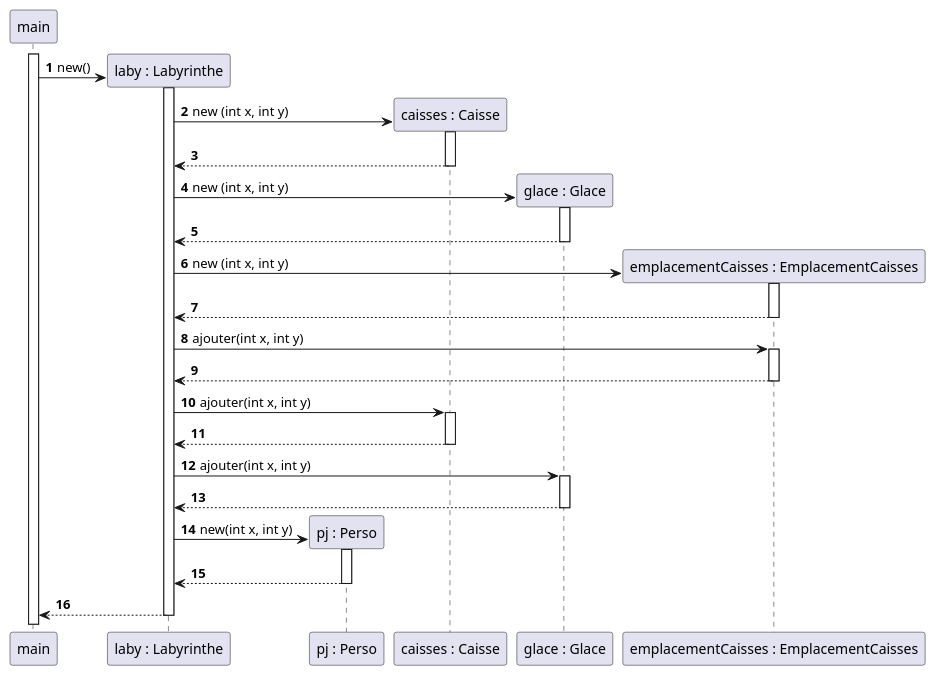
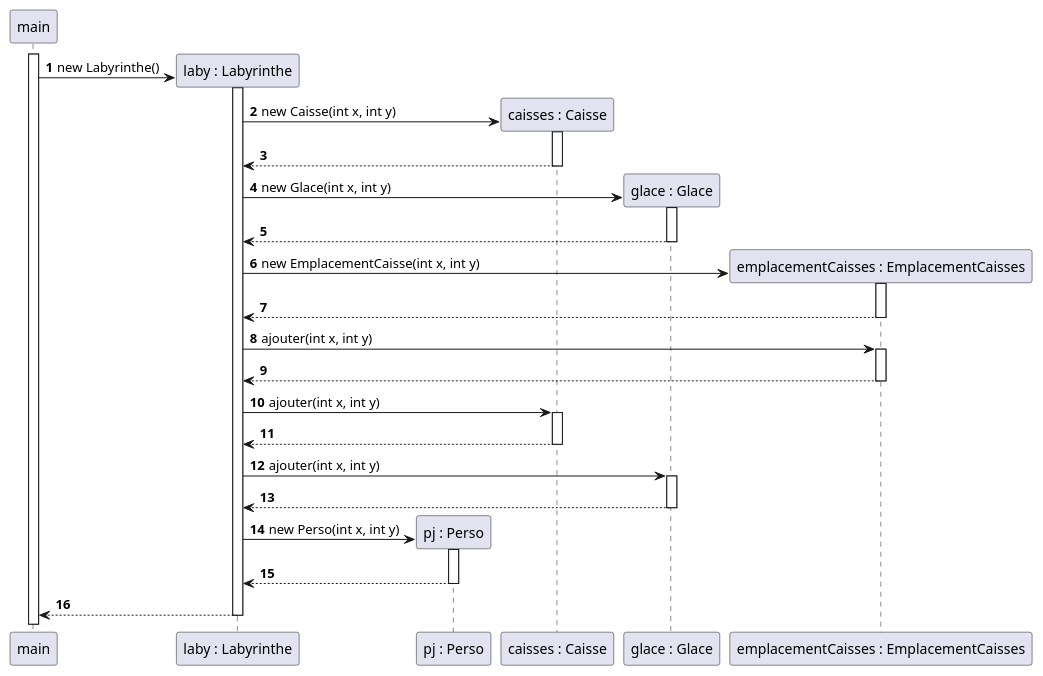
One commit to Flotss/Zeldiablo changed the diagram in documents/version_4/Diagramme sequence Creation.puml. Above: the diagram before and after it, drawn with PlantUML.

Commit message:
modif diag

```diff
--- a/documents/version_4/Diagramme sequence Creation.puml
+++ b/documents/version_4/Diagramme sequence Creation.puml
@@ -1,62 +1,62 @@
 @startuml
 'https://plantuml.com/sequence-diagram
 participant "main" as m
 participant "laby : Labyrinthe" as l
 participant "pj : Perso" as p
 participant "caisses : Caisse" as c
 participant "glace : Glace" as g
 participant "emplacementCaisses : EmplacementCaisses" as ep
 
 autonumber
 
 
 
 activate m
 
 create l
-m -> l : new()
+m -> l : new Labyrinthe()
 activate l
 
 create c
-l -> c : new (int x, int y)
+l -> c : new Caisse(int x, int y)
 activate c
 l <-- c
 deactivate c
 
 create g
-l -> g : new (int x, int y)
+l -> g : new Glace(int x, int y)
 activate g
 l <-- g
 deactivate g
 
 create ep
-l -> ep : new (int x, int y)
+l -> ep : new EmplacementCaisse(int x, int y)
 activate ep
 l <-- ep
 deactivate ep
 
 l -> ep : ajouter(int x, int y)
 activate ep
 l <-- ep
 deactivate ep
 
 l -> c : ajouter(int x, int y)
 activate c
 l <-- c
 deactivate c
 l -> g : ajouter(int x, int y)
 activate g
 l <-- g
 deactivate g
 
 create p
-l -> p : new(int x, int y)
+l -> p : new Perso(int x, int y)
 activate p
 l <-- p
 deactivate p
 m <-- l
 deactivate l
 
 
 
 @enduml
```
